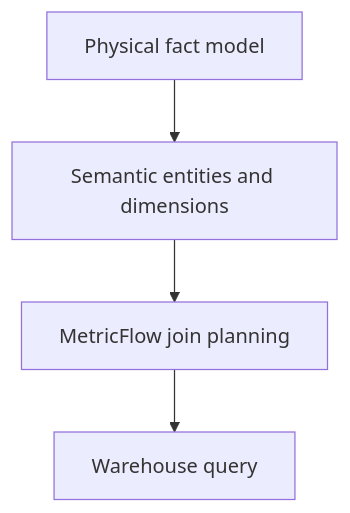
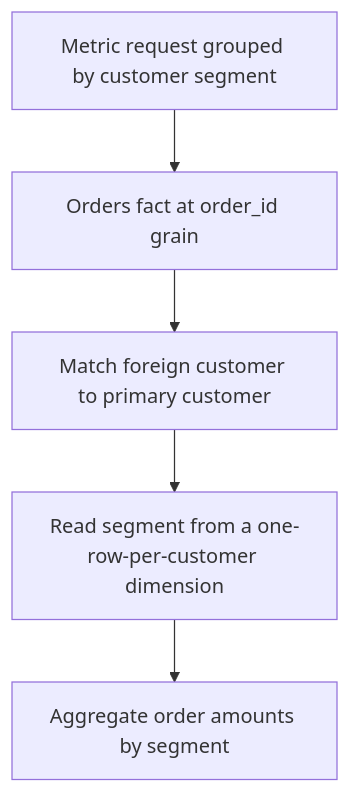
The diagram in docs/lessons/0026-metricflow-semantic-models-and-entities.md (Rohit1024/dbt-learn), drawn with Mermaid before and after one commit. The commit also changed other lines of this file and 4 other files, not shown here.

````diff
--- a/docs/lessons/0026-metricflow-semantic-models-and-entities.md
+++ b/docs/lessons/0026-metricflow-semantic-models-and-entities.md
@@ -7,8 +16,7 @@
 ```mermaid
 flowchart TD
-    A["Physical fact model"]
-    B["Semantic entities and dimensions"]
-    C["MetricFlow join planning"]
-    D["Warehouse query"]
-    A --> B --> C --> D
+    A["Metric request grouped by customer segment"] --> B["Orders fact at order_id grain"]
+    B --> C["Match foreign customer to primary customer"]
+    C --> D["Read segment from a one-row-per-customer dimension"]
+    D --> E["Aggregate order amounts by segment"]
 ```
````
